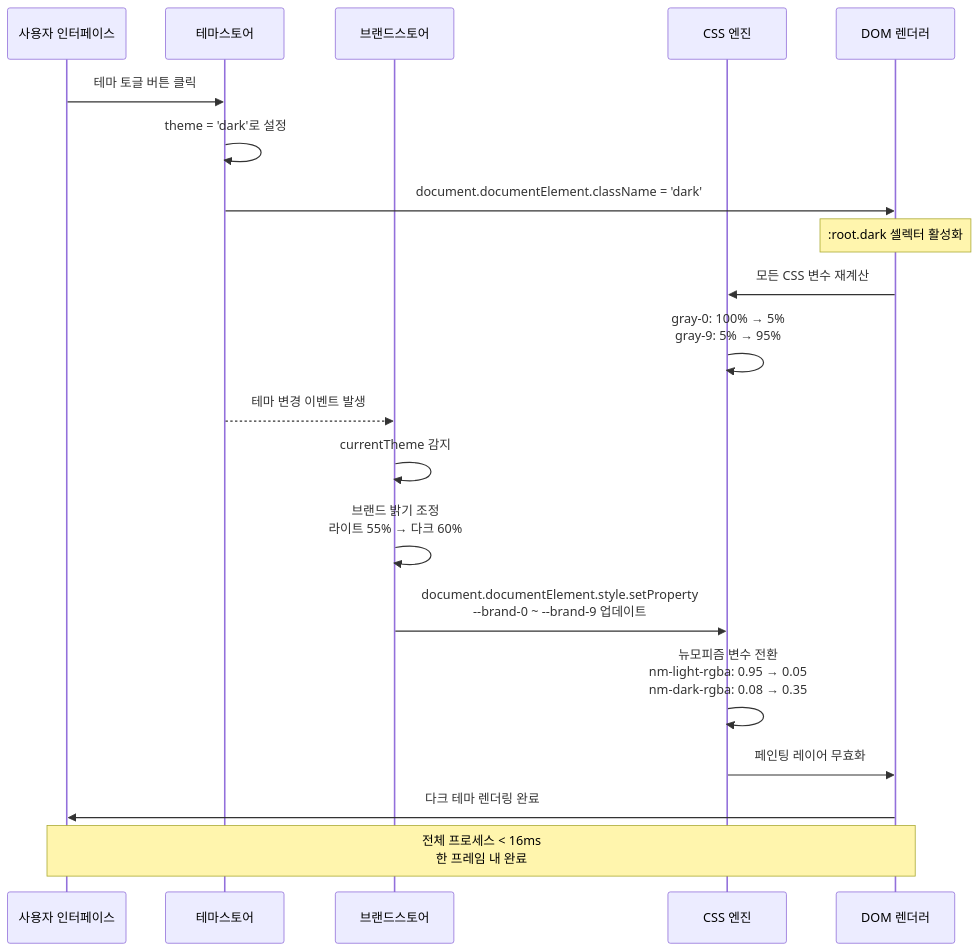
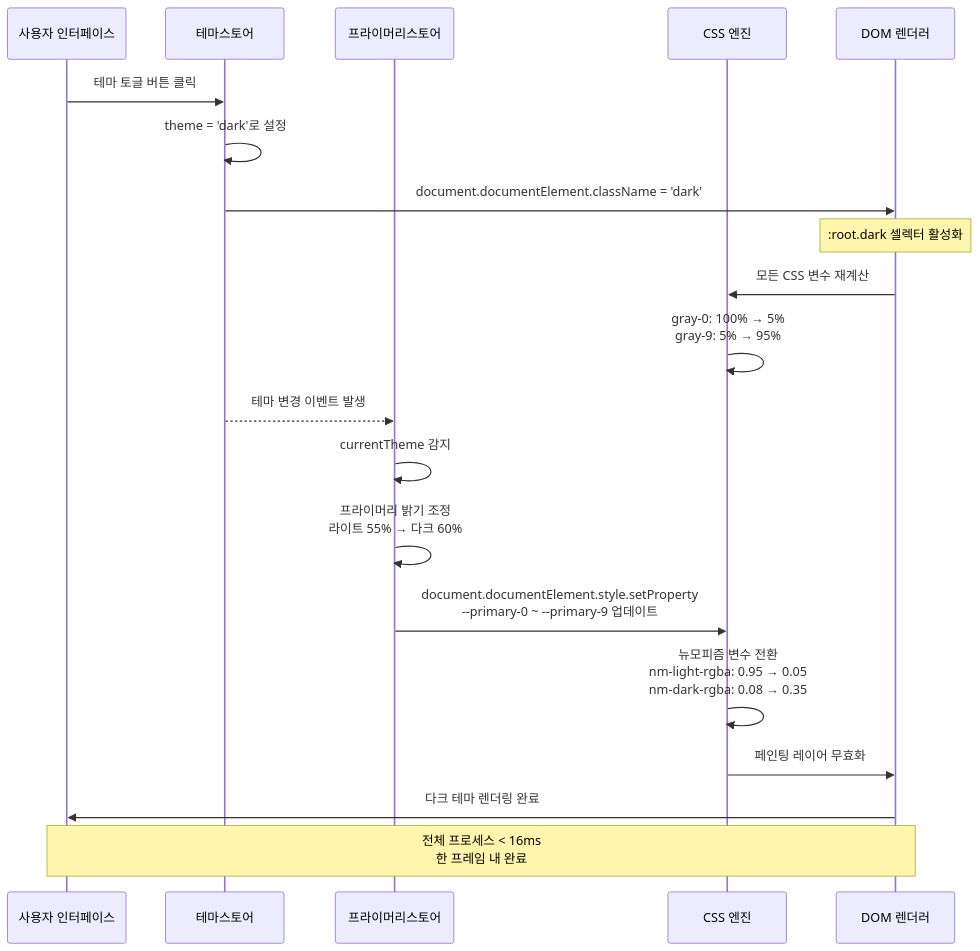
The tenth of 11 diagrams in src/styles/STYLE_GUIDE.md (webcodur/next-temp), drawn with Mermaid before and after one commit. The commit also changed other lines of this file and 79 other files, not shown here.

````diff
--- a/src/styles/STYLE_GUIDE.md
+++ b/src/styles/STYLE_GUIDE.md
@@ -525,30 +525,30 @@
 ```mermaid
 sequenceDiagram
     participant UI as 사용자 인터페이스
     participant TS as 테마스토어
-    participant BS as 브랜드스토어
+    participant BS as 프라이머리스토어
     participant CSS as CSS 엔진
     participant DOM as DOM 렌더러
     
     UI->>TS: 테마 토글 버튼 클릭
     TS->>TS: theme = 'dark'로 설정
     TS->>DOM: document.documentElement.className = 'dark'
     
     Note over DOM: :root.dark 셀렉터 활성화
     
     DOM->>CSS: 모든 CSS 변수 재계산
     CSS->>CSS: gray-0: 100% → 5%<br/>gray-9: 5% → 95%
     
     TS-->>BS: 테마 변경 이벤트 발생
     BS->>BS: currentTheme 감지
-    BS->>BS: 브랜드 밝기 조정<br/>라이트 55% → 다크 60%
+    BS->>BS: 프라이머리 밝기 조정<br/>라이트 55% → 다크 60%
     
-    BS->>CSS: document.documentElement.style.setProperty<br/>--brand-0 ~ --brand-9 업데이트
+    BS->>CSS: document.documentElement.style.setProperty<br/>--primary-0 ~ --primary-9 업데이트
     
     CSS->>CSS: 뉴모피즘 변수 전환<br/>nm-light-rgba: 0.95 → 0.05<br/>nm-dark-rgba: 0.08 → 0.35
     
     CSS->>DOM: 페인팅 레이어 무효화
     DOM->>UI: 다크 테마 렌더링 완료
     
     Note over UI,DOM: 전체 프로세스 < 16ms<br/>한 프레임 내 완료
 ```
````
